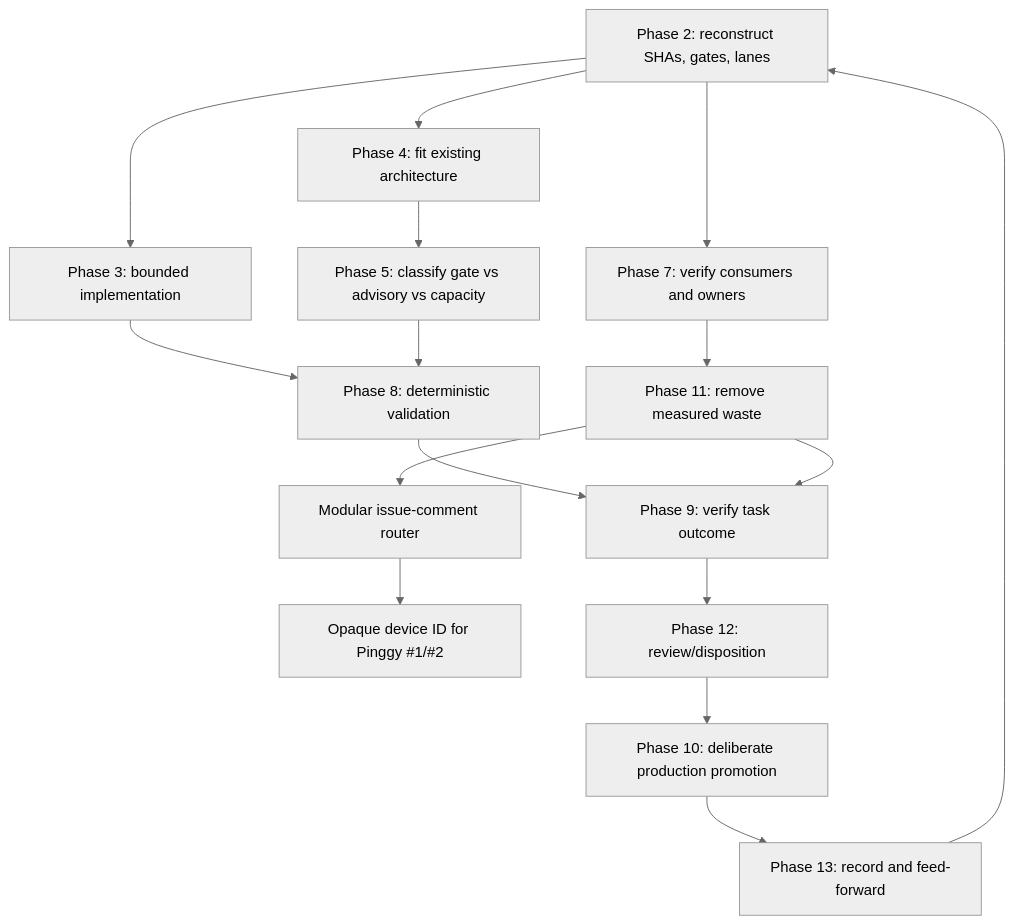
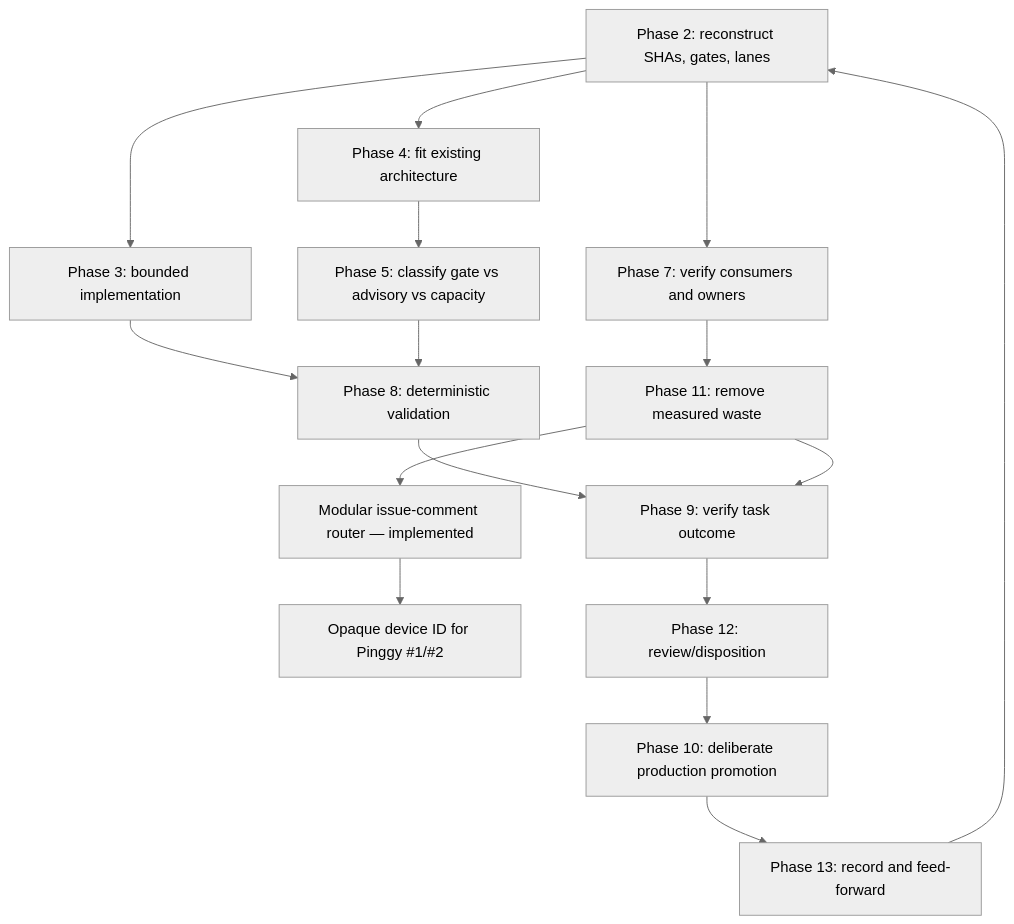
One commit to timerloggedout-spec/termux-monorepo changed the diagram in docs/ops/ACTIONS-MATRIX-UPGRADE-PLAN.md. Above: the diagram before and after it, drawn with Mermaid (neutral theme). The commit also changed other lines of this file, not shown here.

First line of the commit message:
docs(ops): record modular issue-comment-router implementation on branch

````diff
--- a/docs/ops/ACTIONS-MATRIX-UPGRADE-PLAN.md
+++ b/docs/ops/ACTIONS-MATRIX-UPGRADE-PLAN.md
@@ -92,18 +86,18 @@
 ```mermaid
 flowchart TD
   RECON[Phase 2: reconstruct SHAs, gates, lanes] --> ARCH[Phase 4: fit existing architecture]
   RECON --> CODE[Phase 3: bounded implementation]
   ARCH --> CLASSIFY[Phase 5: classify gate vs advisory vs capacity]
   CODE --> TEST[Phase 8: deterministic validation]
   CLASSIFY --> TEST
   RECON --> FANOUT[Phase 7: verify consumers and owners]
   FANOUT --> REDUCE[Phase 11: remove measured waste]
-  REDUCE --> ROUTER[Modular issue-comment router]
+  REDUCE --> ROUTER[Modular issue-comment router — implemented]
   ROUTER --> DEVICE[Opaque device ID for Pinggy #1/#2]
   TEST --> EVIDENCE[Phase 9: verify task outcome]
   REDUCE --> EVIDENCE
   EVIDENCE --> REVIEW[Phase 12: review/disposition]
   REVIEW --> PROMOTE[Phase 10: deliberate production promotion]
   PROMOTE --> LEARN[Phase 13: record and feed-forward]
   LEARN --> RECON
 ```
````
